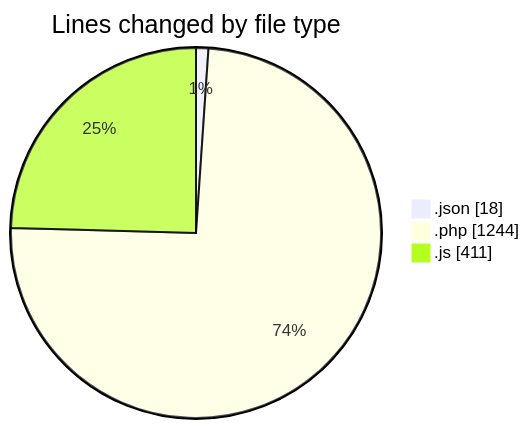
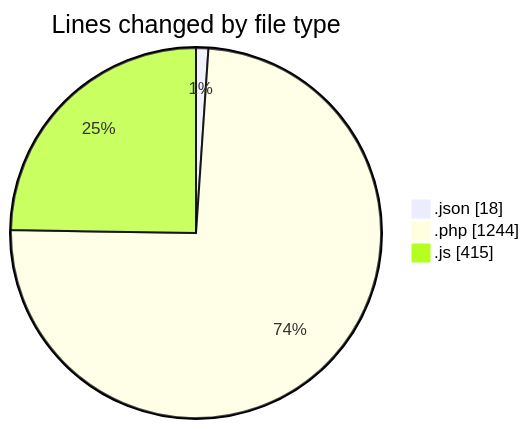
Before and after one commit to debugP/code-tracking: the first of 2 diagrams in 2025-09-26/untitled__workspace_/README.md, drawn with Mermaid. The commit also changed other lines of this file and 1 other file, not shown here.

````diff
--- a/2025-09-26/untitled__workspace_/README.md
+++ b/2025-09-26/untitled__workspace_/README.md
@@ -24,7 +24,7 @@
 ```mermaid
 pie showData
 title Lines changed by file type
 ".json" : 18
 ".php" : 1244
-".js" : 411
+".js" : 415
 ```
````
